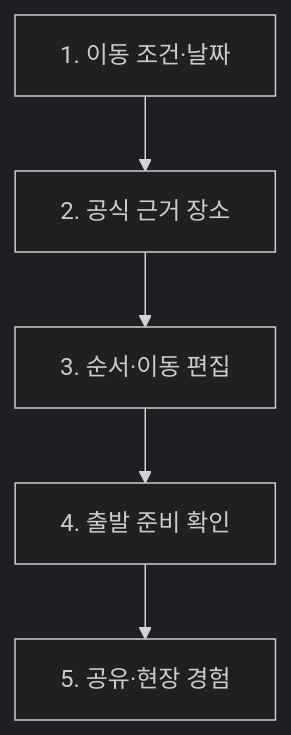
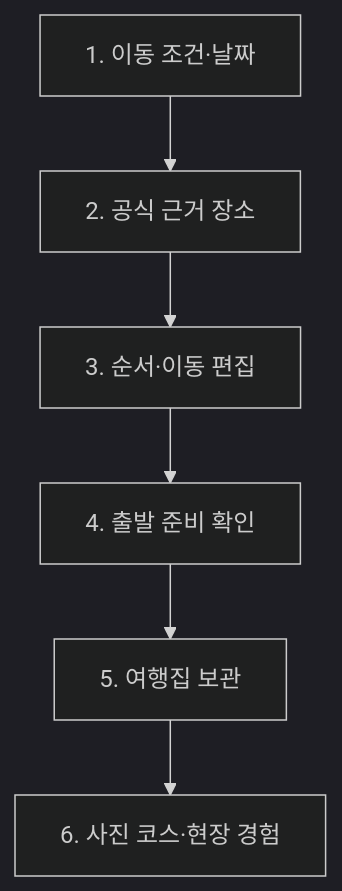
The first of 3 diagrams in README.md (jeongiryang/wave-barrier-free-gyeongnam), drawn with Mermaid (dark theme) before and after one commit. The commit also changed other lines of this file and 22 other files, not shown here.

````diff
--- a/README.md
+++ b/README.md
@@ -86,7 +88,8 @@
 ```mermaid
 flowchart TB
   A["1. 이동 조건·날짜"] --> B["2. 공식 근거 장소"]
   B --> C["3. 순서·이동 편집"]
   C --> D["4. 출발 준비 확인"]
-  D --> E["5. 공유·현장 경험"]
+  D --> E["5. 여행집 보관"]
+  E --> F["6. 사진 코스·현장 경험"]
 ```
````
